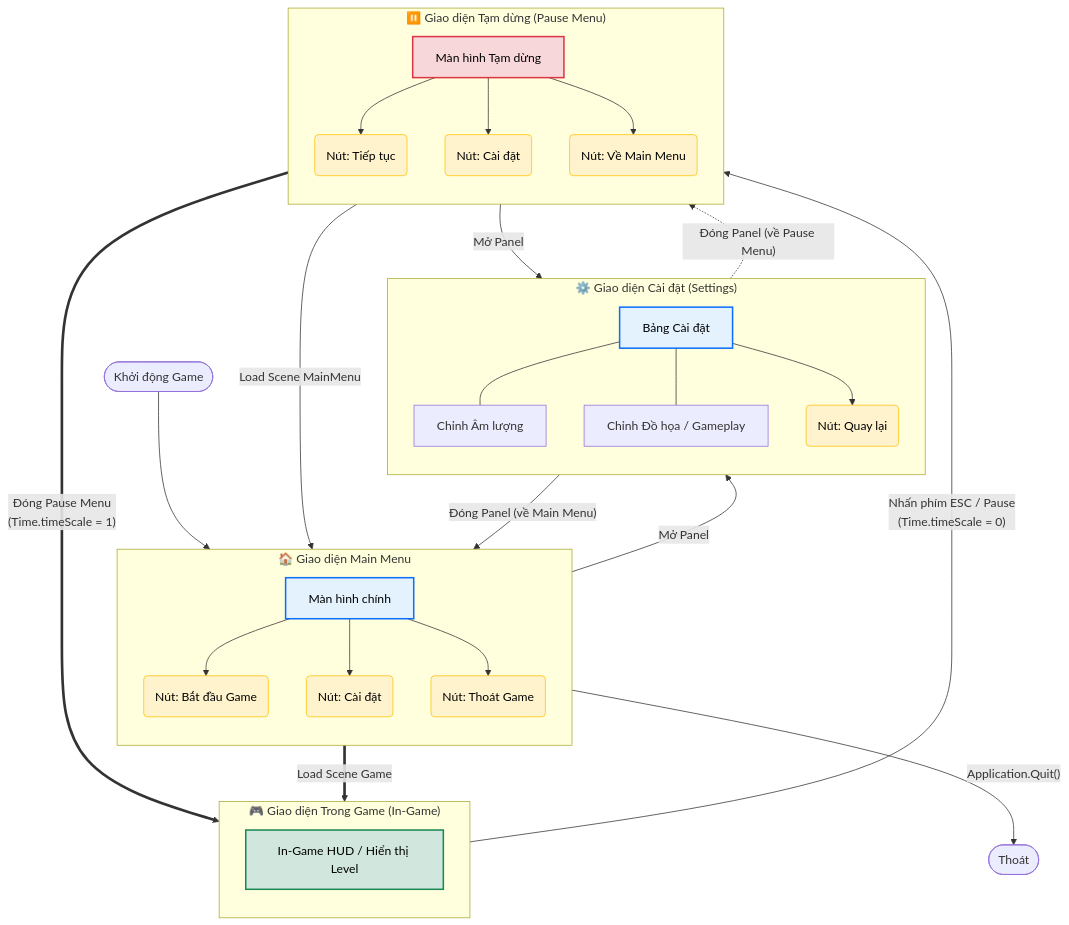
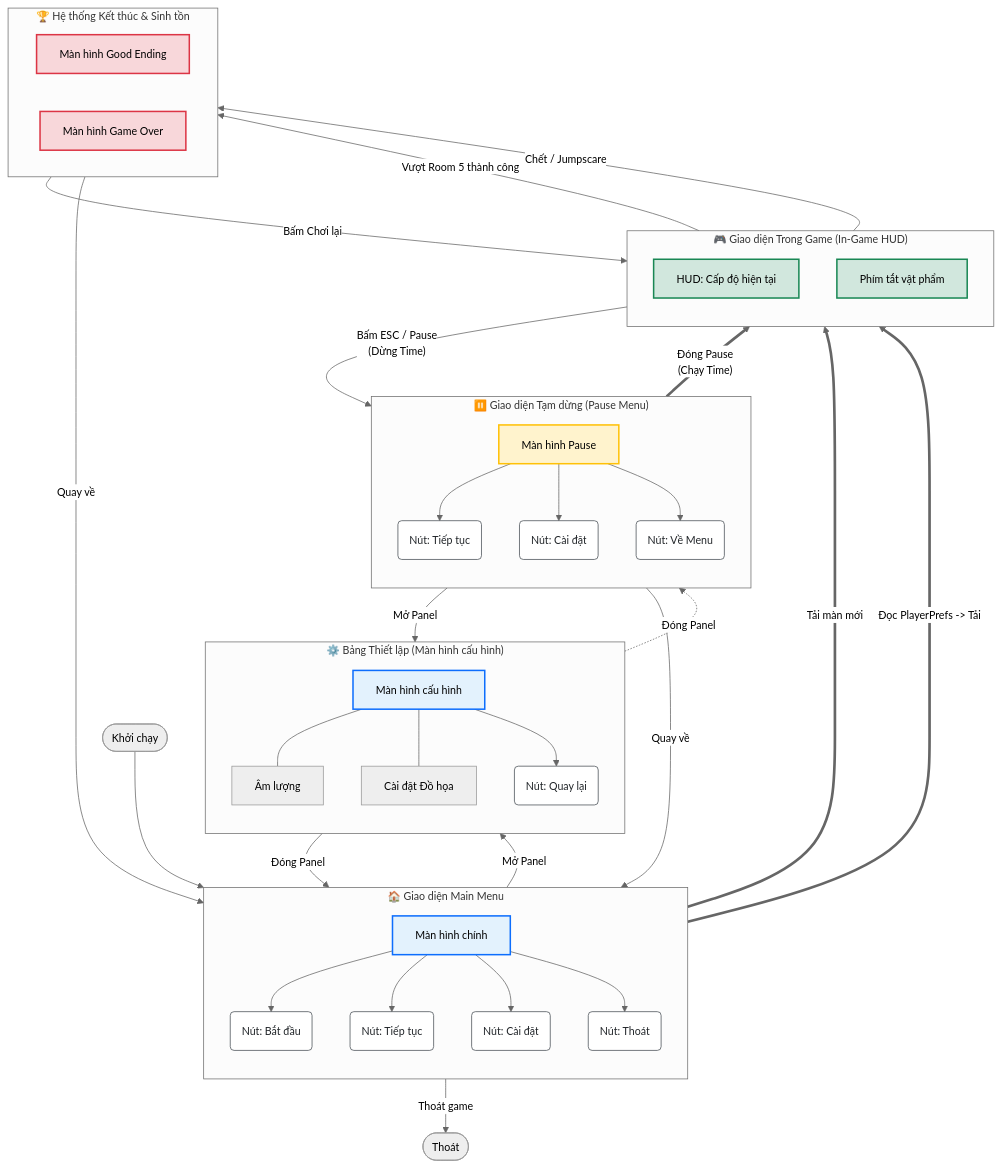
Before and after one commit to YumtheBoss/3D-project: the tenth of 11 diagrams in 3D/UML_Diagrams.md, drawn with Mermaid. The commit also changed 579 other files, not shown here.

Commit message:
Feat: implement Room 5 Victory Portal, Tutorial HUD, and auto-generated Stamina Bar

````diff
--- a/3D/UML_Diagrams.md
+++ b/3D/UML_Diagrams.md
@@ -374,68 +374,88 @@
 ```mermaid
+%%{init: {'theme': 'neutral', 'themeVariables': { 'fontSize': '14px', 'fontFamily': 'Arial' }}}%%
 flowchart TD
-    Start([Khởi động Game]) --> MainMenu
+    Launch([Khởi chạy]) --> MainMenu
     
     subgraph SG_MainMenu ["🏠 Giao diện Main Menu"]
         direction TB
         MainMenu[Màn hình chính]
-        BtnPlay(Nút: Bắt đầu Game)
+        BtnPlay(Nút: Bắt đầu)
+        BtnContinue(Nút: Tiếp tục)
         BtnSettingsMain(Nút: Cài đặt)
-        BtnQuit(Nút: Thoát Game)
+        BtnQuit(Nút: Thoát)
         
         MainMenu --> BtnPlay
+        MainMenu --> BtnContinue
         MainMenu --> BtnSettingsMain
         MainMenu --> BtnQuit
     end
     
-    subgraph SG_Settings ["⚙️ Giao diện Cài đặt (Settings)"]
+    subgraph SG_Settings ["⚙️ Bảng Thiết lập (Màn hình cấu hình)"]
         direction TB
-        SettingsPanel[Bảng Cài đặt]
-        AudioSet[Chỉnh Âm lượng]
-        GraphicSet[Chỉnh Đồ họa / Gameplay]
+        SettingsPanel[Màn hình cấu hình]
+        AudioSet[Âm lượng]
+        GraphicSet[Cài đặt Đồ họa]
         BtnBack(Nút: Quay lại)
         
         SettingsPanel --- AudioSet & GraphicSet
         SettingsPanel --> BtnBack
     end
     
-    subgraph SG_InGame ["🎮 Giao diện Trong Game (In-Game)"]
+    subgraph SG_InGame ["🎮 Giao diện Trong Game (In-Game HUD)"]
         direction TB
-        HUD[In-Game HUD / Hiển thị Level]
+        HUD[HUD: Cấp độ hiện tại]
+        ItemShortcut[Phím tắt vật phẩm]
     end
     
     subgraph SG_PauseMenu ["⏸️ Giao diện Tạm dừng (Pause Menu)"]
         direction TB
-        PauseMenu[Màn hình Tạm dừng]
+        PauseMenu[Màn hình Pause]
         BtnResume(Nút: Tiếp tục)
         BtnSettingsPause(Nút: Cài đặt)
-        BtnHome(Nút: Về Main Menu)
+        BtnHome(Nút: Về Menu)
         
         PauseMenu --> BtnResume
         PauseMenu --> BtnSettingsPause
         PauseMenu --> BtnHome
     end
 
+    subgraph SG_Ending ["🏆 Hệ thống Kết thúc & Sinh tồn"]
+        direction LR
+        GoodEnding[Màn hình Good Ending]
+        GameOver[Màn hình Game Over]
+    end
+
+    Exit([Thoát])
+
     %% Điều hướng giữa các UI
-    BtnPlay ==>|"Load Scene Game"| HUD
+    BtnPlay ==>|"Tải màn mới"| HUD
+    BtnContinue ==>|"Đọc PlayerPrefs -> Tải"| HUD
     BtnSettingsMain -->|"Mở Panel"| SettingsPanel
-    BtnQuit -->|"Application.Quit()"| Exit([Thoát])
+    BtnQuit -->|"Thoát game"| Exit
     
-    BtnBack -->|"Đóng Panel (về Main Menu)"| MainMenu
-    BtnBack -.->|"Đóng Panel (về Pause Menu)"| PauseMenu
+    BtnBack -->|"Đóng Panel"| MainMenu
+    BtnBack -.->|"Đóng Panel"| PauseMenu
     
-    HUD -->|"Nhấn phím ESC / Pause\n(Time.timeScale = 0)"| PauseMenu
-    BtnResume ==>|"Đóng Pause Menu\n(Time.timeScale = 1)"| HUD
+    HUD -->|"Bấm ESC / Pause\n(Dừng Time)"| PauseMenu
+    BtnResume ==>|"Đóng Pause\n(Chạy Time)"| HUD
     BtnSettingsPause -->|"Mở Panel"| SettingsPanel
-    BtnHome -->|"Load Scene MainMenu"| MainMenu
-    
-    %% Styling
+    BtnHome -->|"Quay về"| MainMenu
+
+    HUD -->|"Vượt Room 5 thành công"| GoodEnding
+    HUD -->|"Chết / Jumpscare"| GameOver
+    GameOver -->|"Bấm Chơi lại"| HUD
+    GameOver -->|"Quay về"| MainMenu
+
+    %% Styling chuyên nghiệp
     classDef menu fill:#e3f2fd,stroke:#0d6efd,stroke-width:2px,color:#000;
-    classDef btn fill:#fff3cd,stroke:#ffc107,stroke-width:1px,color:#000;
-    classDef ingame fill:#d1e7dd,stroke:#198754,stroke-width:2px,color:#000;
-    classDef pause fill:#f8d7da,stroke:#dc3545,stroke-width:2px,color:#000;
-    
+    classDef gameplay fill:#d1e7dd,stroke:#198754,stroke-width:2px,color:#000;
+    classDef pause fill:#fff3cd,stroke:#ffc107,stroke-width:2px,color:#000;
+    classDef danger fill:#f8d7da,stroke:#dc3545,stroke-width:2px,color:#000;
+    classDef btn fill:#ffffff,stroke:#495057,stroke-width:1px,color:#212529;
+
     class MainMenu,SettingsPanel menu;
-    class BtnPlay,BtnSettingsMain,BtnQuit,BtnBack,BtnResume,BtnSettingsPause,BtnHome btn;
-    class HUD ingame;
+    class HUD,ItemShortcut gameplay;
     class PauseMenu pause;
+    class GameOver,GoodEnding danger;
+    class BtnPlay,BtnContinue,BtnSettingsMain,BtnQuit,BtnBack,BtnResume,BtnSettingsPause,BtnHome btn;
 ```
````
